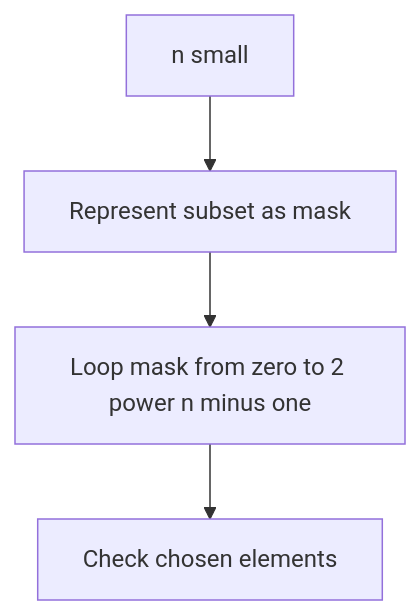
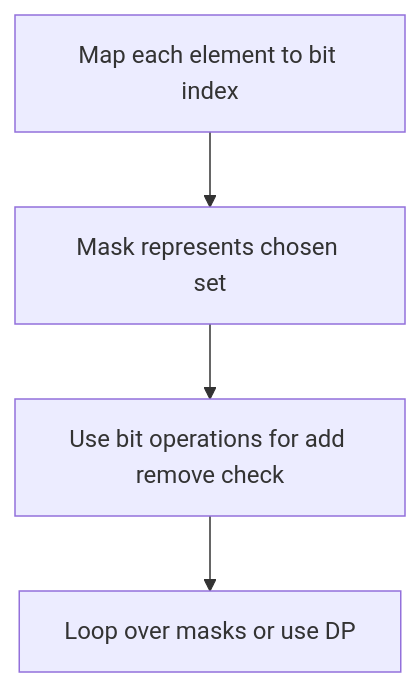
One commit to mthaiseer/springcloud-systemdesign-notes changed diagram 12 of 22 in CP_DSA_NOTES/CONCEPT_FRAMEWORK_FORMS_TATICS/bitwise_playbook.md. Above: the diagram before and after it, drawn with Mermaid. The commit also changed other lines of this file, not shown here.

````diff
--- a/CP_DSA_NOTES/CONCEPT_FRAMEWORK_FORMS_TATICS/bitwise_playbook.md
+++ b/CP_DSA_NOTES/CONCEPT_FRAMEWORK_FORMS_TATICS/bitwise_playbook.md
@@ -422,6 +469,6 @@
 ```mermaid
 flowchart TD
-    A["n small"] --> B["Represent subset as mask"]
-    B --> C["Loop mask from zero to 2 power n minus one"]
-    C --> D["Check chosen elements"]
+    A["Map each element to bit index"] --> B["Mask represents chosen set"]
+    B --> C["Use bit operations for add remove check"]
+    C --> D["Loop over masks or use DP"]
 ```
````
